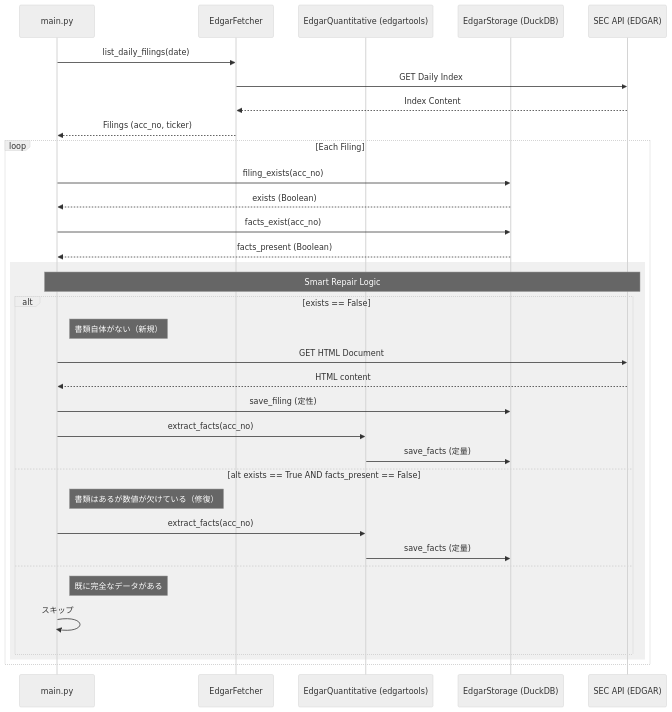
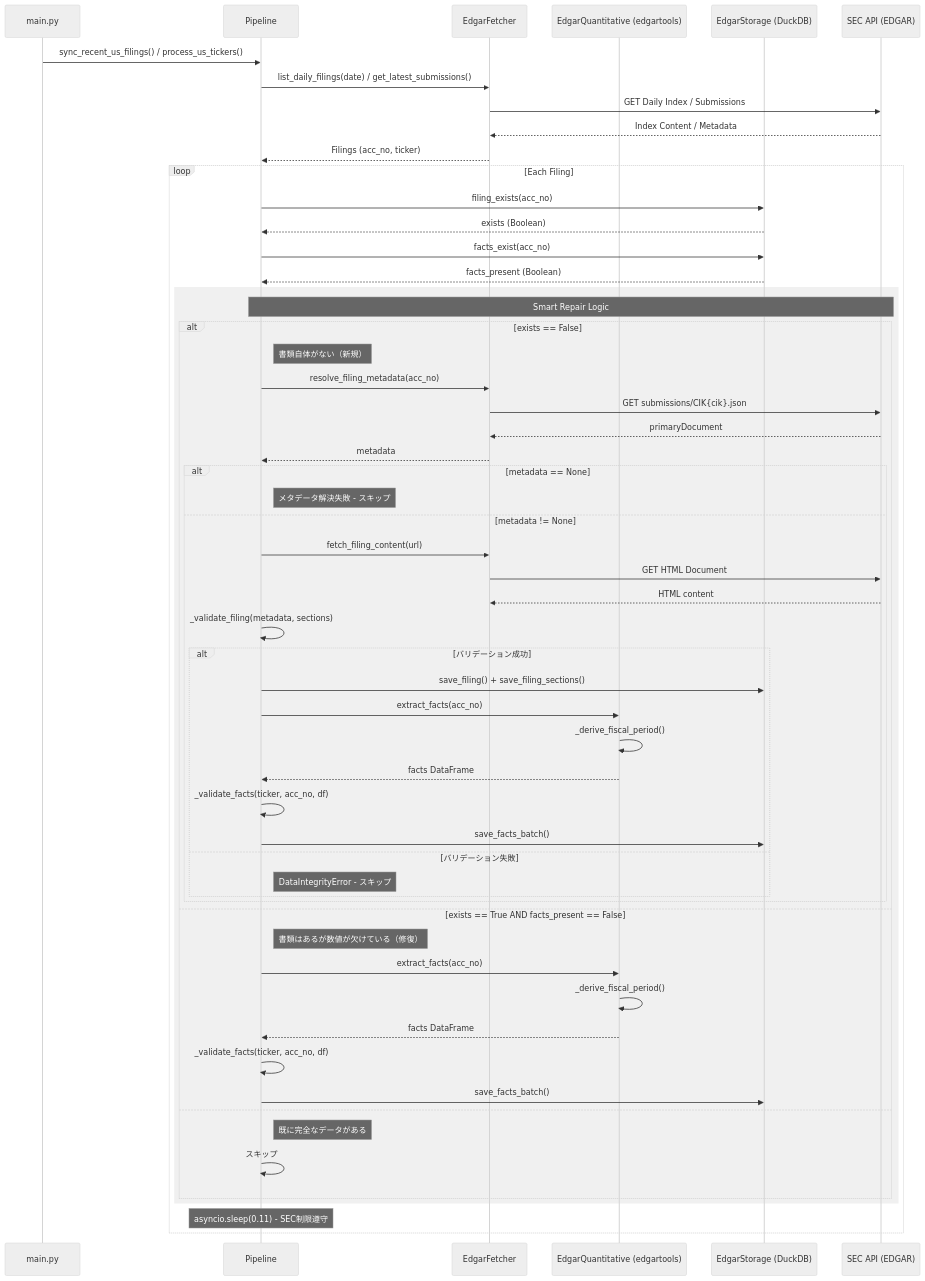
Before and after one commit to ayato-labs/ayato-finance-ecosystem: the first of 2 diagrams in services/edgar_provider/docs/sequence_diagram.md, drawn with Mermaid (neutral theme). The commit also changed other lines of this file, not shown here.

Commit message:
docs: シーケンス図にメタデータ解決・データ検証・リトライロジックを追加

````diff
--- a/services/edgar_provider/docs/sequence_diagram.md
+++ b/services/edgar_provider/docs/sequence_diagram.md
@@ -5,40 +7,68 @@
 ```mermaid
 sequenceDiagram
     participant CLI as main.py
+    participant P as Pipeline
     participant F as EdgarFetcher
     participant Q as EdgarQuantitative (edgartools)
     participant S as EdgarStorage (DuckDB)
     participant SEC as SEC API (EDGAR)
 
-    CLI->>F: list_daily_filings(date)
-    F->>SEC: GET Daily Index
-    SEC-->>F: Index Content
-    F-->>CLI: Filings (acc_no, ticker)
+    CLI->>P: sync_recent_us_filings() / process_us_tickers()
+    P->>F: list_daily_filings(date) / get_latest_submissions()
+    F->>SEC: GET Daily Index / Submissions
+    SEC-->>F: Index Content / Metadata
+    F-->>P: Filings (acc_no, ticker)
 
     loop Each Filing
-        CLI->>S: filing_exists(acc_no)
-        S-->>CLI: exists (Boolean)
-        CLI->>S: facts_exist(acc_no)
-        S-->>CLI: facts_present (Boolean)
+        P->>S: filing_exists(acc_no)
+        S-->>P: exists (Boolean)
+        P->>S: facts_exist(acc_no)
+        S-->>P: facts_present (Boolean)
 
         rect rgb(240, 240, 240)
-            Note over CLI, SEC: Smart Repair Logic
+            Note over P, SEC: Smart Repair Logic
             
             alt exists == False
-                Note right of CLI: 書類自体がない（新規）
-                CLI->>SEC: GET HTML Document
-                SEC-->>CLI: HTML content
-                CLI->>S: save_filing (定性)
-                CLI->>Q: extract_facts(acc_no)
-                Q->>S: save_facts (定量)
-            else alt exists == True AND facts_present == False
-                Note right of CLI: 書類はあるが数値が欠けている（修復）
-                CLI->>Q: extract_facts(acc_no)
-                Q->>S: save_facts (定量)
+                Note right of P: 書類自体がない（新規）
+                P->>F: resolve_filing_metadata(acc_no)
+                F->>SEC: GET submissions/CIK{cik}.json
+                SEC-->>F: primaryDocument
+                F-->>P: metadata
+                
+                alt metadata == None
+                    Note right of P: メタデータ解決失敗 - スキップ
+                else metadata != None
+                    P->>F: fetch_filing_content(url)
+                    F->>SEC: GET HTML Document
+                    SEC-->>F: HTML content
+                    P->>P: _validate_filing(metadata, sections)
+                    
+                    alt バリデーション成功
+                        P->>S: save_filing() + save_filing_sections()
+                        P->>Q: extract_facts(acc_no)
+                        Q->>Q: _derive_fiscal_period()
+                        Q-->>P: facts DataFrame
+                        P->>P: _validate_facts(ticker, acc_no, df)
+                        P->>S: save_facts_batch()
+                    else バリデーション失敗
+                        Note right of P: DataIntegrityError - スキップ
+                    end
+                end
+                
+            else exists == True AND facts_present == False
+                Note right of P: 書類はあるが数値が欠けている（修復）
+                P->>Q: extract_facts(acc_no)
+                Q->>Q: _derive_fiscal_period()
+                Q-->>P: facts DataFrame
+                P->>P: _validate_facts(ticker, acc_no, df)
+                P->>S: save_facts_batch()
+                
             else
-                Note right of CLI: 既に完全なデータがある
-                CLI->>CLI: スキップ
+                Note right of P: 既に完全なデータがある
+                P->>P: スキップ
             end
         end
+        
+        Note over P: asyncio.sleep(0.11) - SEC制限遵守
     end
 ```
````
